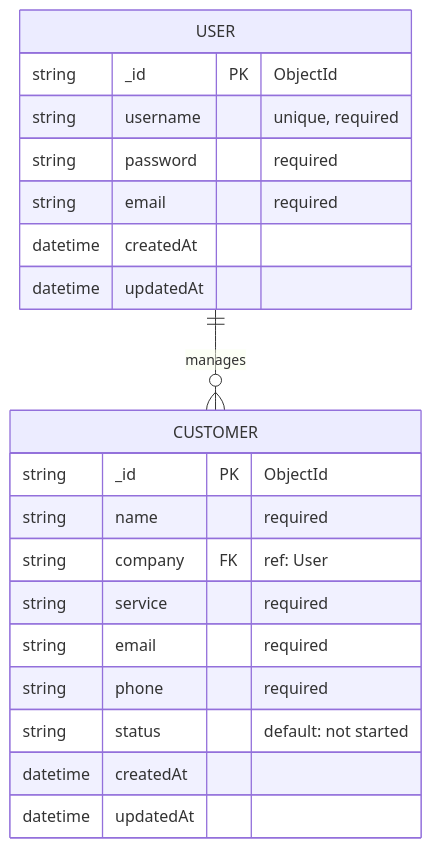
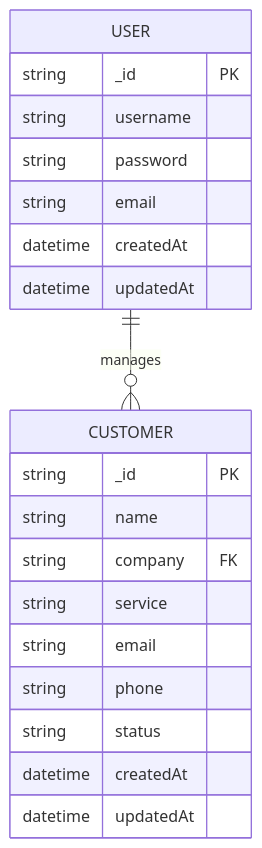
Before and after one commit to PudchenkoAlexei/CRM: the second of 2 diagrams in README.md, drawn with Mermaid.

````diff
--- a/README.md
+++ b/README.md
@@ -65,25 +65,25 @@
 ```mermaid
 erDiagram
     USER ||--o{ CUSTOMER : manages
     
     USER {
-        string _id PK "ObjectId"
-        string username "unique, required"
-        string password "required"
-        string email "required"
+        string _id PK 
+        string username 
+        string password 
+        string email 
         datetime createdAt
         datetime updatedAt
     }
     
     CUSTOMER {
-        string _id PK "ObjectId"
-        string name "required"
-        string company FK "ref: User"
-        string service "required"
-        string email "required"
-        string phone "required"
-        string status "default: not started"
+        string _id PK 
+        string name 
+        string company FK 
+        string service 
+        string email 
+        string phone 
+        string status 
         datetime createdAt
         datetime updatedAt
     }
 ```
````
